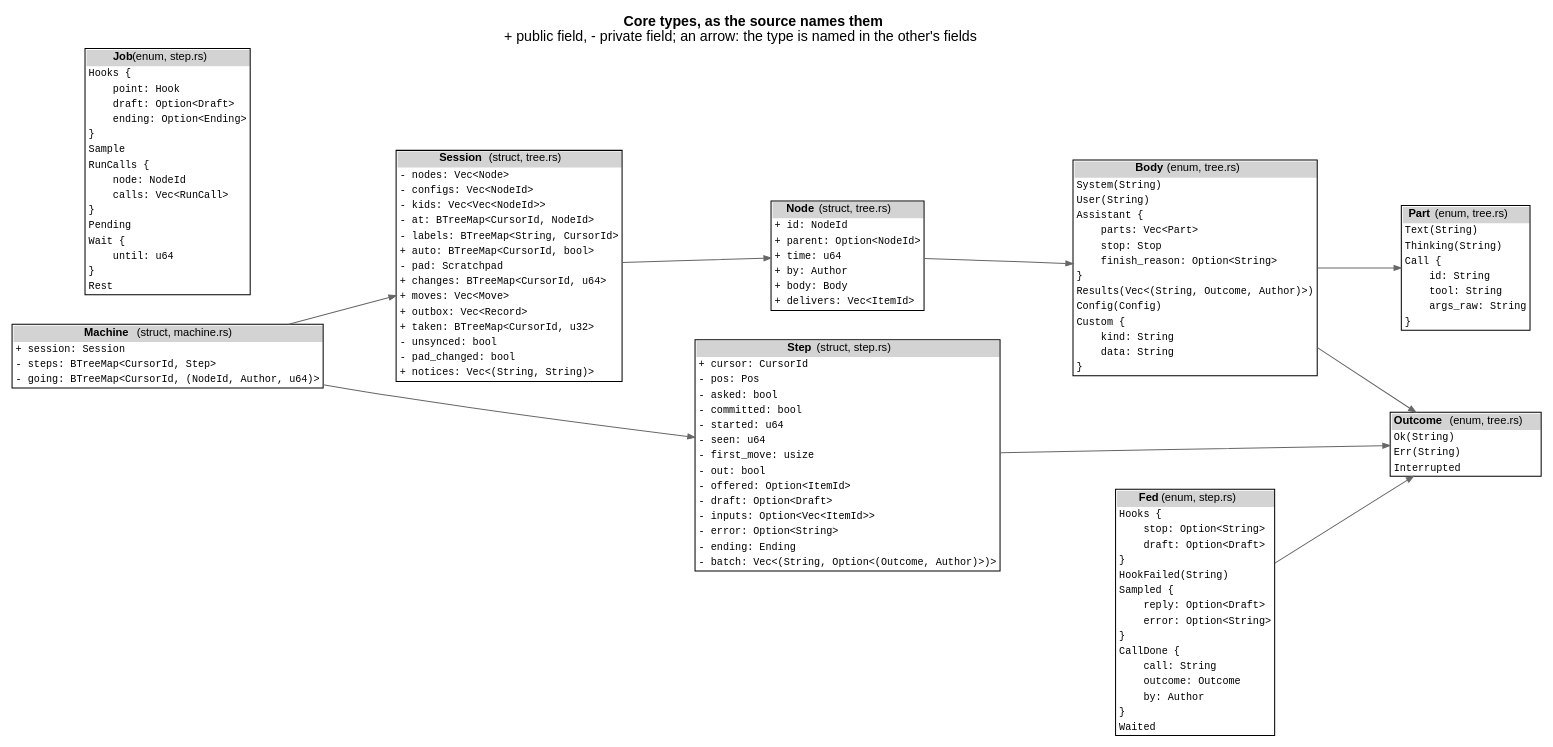
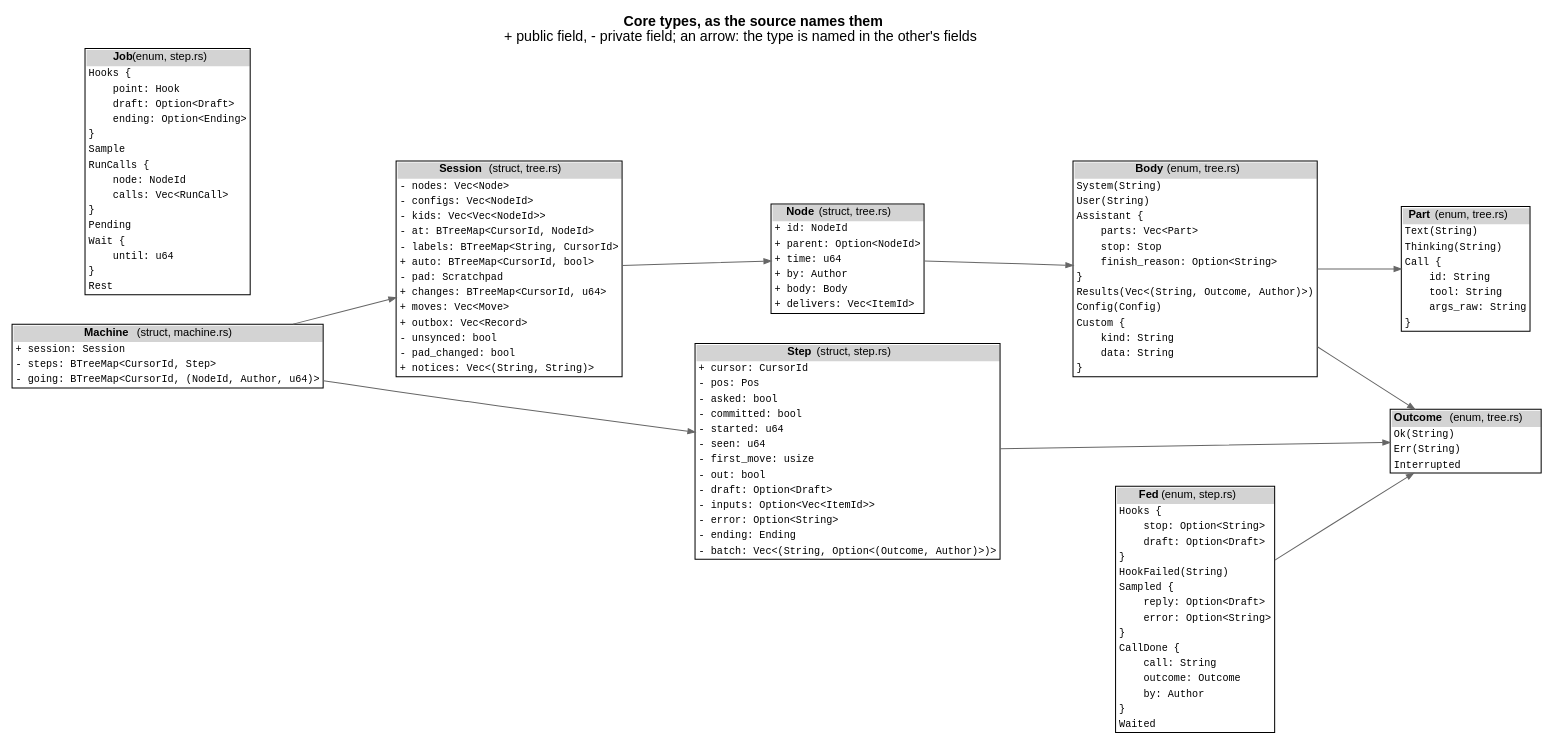
The diagram in docs/as-built/diagrams/types.dot (jmccardle/tau), drawn with Graphviz before and after one commit. The commit also changed 39 other files, not shown here.

```diff
--- a/docs/as-built/diagrams/types.dot
+++ b/docs/as-built/diagrams/types.dot
@@ -5,9 +5,9 @@
   edge [color="gray40", arrowsize=0.7];
   "Body" [label=<<table border="1" cellborder="0" cellspacing="0"><tr><td bgcolor="lightgray"><b>Body</b> (enum, tree.rs)</td></tr><tr><td align="left" balign="left"><font face="Courier" point-size="10">System(String)</font></td></tr><tr><td align="left" balign="left"><font face="Courier" point-size="10">User(String)</font></td></tr><tr><td align="left" balign="left"><font face="Courier" point-size="10">Assistant&nbsp;{</font></td></tr><tr><td align="left" balign="left"><font face="Courier" point-size="10">&nbsp;&nbsp;&nbsp;&nbsp;parts:&nbsp;Vec&lt;Part&gt;</font></td></tr><tr><td align="left" balign="left"><font face="Courier" point-size="10">&nbsp;&nbsp;&nbsp;&nbsp;stop:&nbsp;Stop</font></td></tr><tr><td align="left" balign="left"><font face="Courier" point-size="10">&nbsp;&nbsp;&nbsp;&nbsp;finish_reason:&nbsp;Option&lt;String&gt;</font></td></tr><tr><td align="left" balign="left"><font face="Courier" point-size="10">}</font></td></tr><tr><td align="left" balign="left"><font face="Courier" point-size="10">Results(Vec&lt;(String,&nbsp;Outcome,&nbsp;Author)&gt;)</font></td></tr><tr><td align="left" balign="left"><font face="Courier" point-size="10">Config(Config)</font></td></tr><tr><td align="left" balign="left"><font face="Courier" point-size="10">Custom&nbsp;{</font></td></tr><tr><td align="left" balign="left"><font face="Courier" point-size="10">&nbsp;&nbsp;&nbsp;&nbsp;kind:&nbsp;String</font></td></tr><tr><td align="left" balign="left"><font face="Courier" point-size="10">&nbsp;&nbsp;&nbsp;&nbsp;data:&nbsp;String</font></td></tr><tr><td align="left" balign="left"><font face="Courier" point-size="10">}</font></td></tr></table>>];
   "Node" [label=<<table border="1" cellborder="0" cellspacing="0"><tr><td bgcolor="lightgray"><b>Node</b> (struct, tree.rs)</td></tr><tr><td align="left" balign="left"><font face="Courier" point-size="10">+&nbsp;id:&nbsp;NodeId</font></td></tr><tr><td align="left" balign="left"><font face="Courier" point-size="10">+&nbsp;parent:&nbsp;Option&lt;NodeId&gt;</font></td></tr><tr><td align="left" balign="left"><font face="Courier" point-size="10">+&nbsp;time:&nbsp;u64</font></td></tr><tr><td align="left" balign="left"><font face="Courier" point-size="10">+&nbsp;by:&nbsp;Author</font></td></tr><tr><td align="left" balign="left"><font face="Courier" point-size="10">+&nbsp;body:&nbsp;Body</font></td></tr><tr><td align="left" balign="left"><font face="Courier" point-size="10">+&nbsp;delivers:&nbsp;Vec&lt;ItemId&gt;</font></td></tr></table>>];
-  "Session" [label=<<table border="1" cellborder="0" cellspacing="0"><tr><td bgcolor="lightgray"><b>Session</b> (struct, tree.rs)</td></tr><tr><td align="left" balign="left"><font face="Courier" point-size="10">-&nbsp;nodes:&nbsp;Vec&lt;Node&gt;</font></td></tr><tr><td align="left" balign="left"><font face="Courier" point-size="10">-&nbsp;configs:&nbsp;Vec&lt;NodeId&gt;</font></td></tr><tr><td align="left" balign="left"><font face="Courier" point-size="10">-&nbsp;kids:&nbsp;Vec&lt;Vec&lt;NodeId&gt;&gt;</font></td></tr><tr><td align="left" balign="left"><font face="Courier" point-size="10">-&nbsp;at:&nbsp;BTreeMap&lt;CursorId,&nbsp;NodeId&gt;</font></td></tr><tr><td align="left" balign="left"><font face="Courier" point-size="10">-&nbsp;labels:&nbsp;BTreeMap&lt;String,&nbsp;CursorId&gt;</font></td></tr><tr><td align="left" balign="left"><font face="Courier" point-size="10">+&nbsp;auto:&nbsp;BTreeMap&lt;CursorId,&nbsp;bool&gt;</font></td></tr><tr><td align="left" balign="left"><font face="Courier" point-size="10">-&nbsp;pad:&nbsp;Scratchpad</font></td></tr><tr><td align="left" balign="left"><font face="Courier" point-size="10">+&nbsp;changes:&nbsp;BTreeMap&lt;CursorId,&nbsp;u64&gt;</font></td></tr><tr><td align="left" balign="left"><font face="Courier" point-size="10">+&nbsp;moves:&nbsp;Vec&lt;Move&gt;</font></td></tr><tr><td align="left" balign="left"><font face="Courier" point-size="10">+&nbsp;outbox:&nbsp;Vec&lt;Record&gt;</font></td></tr><tr><td align="left" balign="left"><font face="Courier" point-size="10">+&nbsp;taken:&nbsp;BTreeMap&lt;CursorId,&nbsp;u32&gt;</font></td></tr><tr><td align="left" balign="left"><font face="Courier" point-size="10">-&nbsp;unsynced:&nbsp;bool</font></td></tr><tr><td align="left" balign="left"><font face="Courier" point-size="10">-&nbsp;pad_changed:&nbsp;bool</font></td></tr><tr><td align="left" balign="left"><font face="Courier" point-size="10">+&nbsp;notices:&nbsp;Vec&lt;(String,&nbsp;String)&gt;</font></td></tr></table>>];
+  "Session" [label=<<table border="1" cellborder="0" cellspacing="0"><tr><td bgcolor="lightgray"><b>Session</b> (struct, tree.rs)</td></tr><tr><td align="left" balign="left"><font face="Courier" point-size="10">-&nbsp;nodes:&nbsp;Vec&lt;Node&gt;</font></td></tr><tr><td align="left" balign="left"><font face="Courier" point-size="10">-&nbsp;configs:&nbsp;Vec&lt;NodeId&gt;</font></td></tr><tr><td align="left" balign="left"><font face="Courier" point-size="10">-&nbsp;kids:&nbsp;Vec&lt;Vec&lt;NodeId&gt;&gt;</font></td></tr><tr><td align="left" balign="left"><font face="Courier" point-size="10">-&nbsp;at:&nbsp;BTreeMap&lt;CursorId,&nbsp;NodeId&gt;</font></td></tr><tr><td align="left" balign="left"><font face="Courier" point-size="10">-&nbsp;labels:&nbsp;BTreeMap&lt;String,&nbsp;CursorId&gt;</font></td></tr><tr><td align="left" balign="left"><font face="Courier" point-size="10">+&nbsp;auto:&nbsp;BTreeMap&lt;CursorId,&nbsp;bool&gt;</font></td></tr><tr><td align="left" balign="left"><font face="Courier" point-size="10">-&nbsp;pad:&nbsp;Scratchpad</font></td></tr><tr><td align="left" balign="left"><font face="Courier" point-size="10">+&nbsp;changes:&nbsp;BTreeMap&lt;CursorId,&nbsp;u64&gt;</font></td></tr><tr><td align="left" balign="left"><font face="Courier" point-size="10">+&nbsp;moves:&nbsp;Vec&lt;Move&gt;</font></td></tr><tr><td align="left" balign="left"><font face="Courier" point-size="10">+&nbsp;outbox:&nbsp;Vec&lt;Record&gt;</font></td></tr><tr><td align="left" balign="left"><font face="Courier" point-size="10">-&nbsp;unsynced:&nbsp;bool</font></td></tr><tr><td align="left" balign="left"><font face="Courier" point-size="10">-&nbsp;pad_changed:&nbsp;bool</font></td></tr><tr><td align="left" balign="left"><font face="Courier" point-size="10">+&nbsp;notices:&nbsp;Vec&lt;(String,&nbsp;String)&gt;</font></td></tr></table>>];
   "Machine" [label=<<table border="1" cellborder="0" cellspacing="0"><tr><td bgcolor="lightgray"><b>Machine</b> (struct, machine.rs)</td></tr><tr><td align="left" balign="left"><font face="Courier" point-size="10">+&nbsp;session:&nbsp;Session</font></td></tr><tr><td align="left" balign="left"><font face="Courier" point-size="10">-&nbsp;steps:&nbsp;BTreeMap&lt;CursorId,&nbsp;Step&gt;</font></td></tr><tr><td align="left" balign="left"><font face="Courier" point-size="10">-&nbsp;going:&nbsp;BTreeMap&lt;CursorId,&nbsp;(NodeId,&nbsp;Author,&nbsp;u64)&gt;</font></td></tr></table>>];
-  "Step" [label=<<table border="1" cellborder="0" cellspacing="0"><tr><td bgcolor="lightgray"><b>Step</b> (struct, step.rs)</td></tr><tr><td align="left" balign="left"><font face="Courier" point-size="10">+&nbsp;cursor:&nbsp;CursorId</font></td></tr><tr><td align="left" balign="left"><font face="Courier" point-size="10">-&nbsp;pos:&nbsp;Pos</font></td></tr><tr><td align="left" balign="left"><font face="Courier" point-size="10">-&nbsp;asked:&nbsp;bool</font></td></tr><tr><td align="left" balign="left"><font face="Courier" point-size="10">-&nbsp;committed:&nbsp;bool</font></td></tr><tr><td align="left" balign="left"><font face="Courier" point-size="10">-&nbsp;started:&nbsp;u64</font></td></tr><tr><td align="left" balign="left"><font face="Courier" point-size="10">-&nbsp;seen:&nbsp;u64</font></td></tr><tr><td align="left" balign="left"><font face="Courier" point-size="10">-&nbsp;first_move:&nbsp;usize</font></td></tr><tr><td align="left" balign="left"><font face="Courier" point-size="10">-&nbsp;out:&nbsp;bool</font></td></tr><tr><td align="left" balign="left"><font face="Courier" point-size="10">-&nbsp;offered:&nbsp;Option&lt;ItemId&gt;</font></td></tr><tr><td align="left" balign="left"><font face="Courier" point-size="10">-&nbsp;draft:&nbsp;Option&lt;Draft&gt;</font></td></tr><tr><td align="left" balign="left"><font face="Courier" point-size="10">-&nbsp;inputs:&nbsp;Option&lt;Vec&lt;ItemId&gt;&gt;</font></td></tr><tr><td align="left" balign="left"><font face="Courier" point-size="10">-&nbsp;error:&nbsp;Option&lt;String&gt;</font></td></tr><tr><td align="left" balign="left"><font face="Courier" point-size="10">-&nbsp;ending:&nbsp;Ending</font></td></tr><tr><td align="left" balign="left"><font face="Courier" point-size="10">-&nbsp;batch:&nbsp;Vec&lt;(String,&nbsp;Option&lt;(Outcome,&nbsp;Author)&gt;)&gt;</font></td></tr></table>>];
+  "Step" [label=<<table border="1" cellborder="0" cellspacing="0"><tr><td bgcolor="lightgray"><b>Step</b> (struct, step.rs)</td></tr><tr><td align="left" balign="left"><font face="Courier" point-size="10">+&nbsp;cursor:&nbsp;CursorId</font></td></tr><tr><td align="left" balign="left"><font face="Courier" point-size="10">-&nbsp;pos:&nbsp;Pos</font></td></tr><tr><td align="left" balign="left"><font face="Courier" point-size="10">-&nbsp;asked:&nbsp;bool</font></td></tr><tr><td align="left" balign="left"><font face="Courier" point-size="10">-&nbsp;committed:&nbsp;bool</font></td></tr><tr><td align="left" balign="left"><font face="Courier" point-size="10">-&nbsp;started:&nbsp;u64</font></td></tr><tr><td align="left" balign="left"><font face="Courier" point-size="10">-&nbsp;seen:&nbsp;u64</font></td></tr><tr><td align="left" balign="left"><font face="Courier" point-size="10">-&nbsp;first_move:&nbsp;usize</font></td></tr><tr><td align="left" balign="left"><font face="Courier" point-size="10">-&nbsp;out:&nbsp;bool</font></td></tr><tr><td align="left" balign="left"><font face="Courier" point-size="10">-&nbsp;draft:&nbsp;Option&lt;Draft&gt;</font></td></tr><tr><td align="left" balign="left"><font face="Courier" point-size="10">-&nbsp;inputs:&nbsp;Option&lt;Vec&lt;ItemId&gt;&gt;</font></td></tr><tr><td align="left" balign="left"><font face="Courier" point-size="10">-&nbsp;error:&nbsp;Option&lt;String&gt;</font></td></tr><tr><td align="left" balign="left"><font face="Courier" point-size="10">-&nbsp;ending:&nbsp;Ending</font></td></tr><tr><td align="left" balign="left"><font face="Courier" point-size="10">-&nbsp;batch:&nbsp;Vec&lt;(String,&nbsp;Option&lt;(Outcome,&nbsp;Author)&gt;)&gt;</font></td></tr></table>>];
   "Job" [label=<<table border="1" cellborder="0" cellspacing="0"><tr><td bgcolor="lightgray"><b>Job</b> (enum, step.rs)</td></tr><tr><td align="left" balign="left"><font face="Courier" point-size="10">Hooks&nbsp;{</font></td></tr><tr><td align="left" balign="left"><font face="Courier" point-size="10">&nbsp;&nbsp;&nbsp;&nbsp;point:&nbsp;Hook</font></td></tr><tr><td align="left" balign="left"><font face="Courier" point-size="10">&nbsp;&nbsp;&nbsp;&nbsp;draft:&nbsp;Option&lt;Draft&gt;</font></td></tr><tr><td align="left" balign="left"><font face="Courier" point-size="10">&nbsp;&nbsp;&nbsp;&nbsp;ending:&nbsp;Option&lt;Ending&gt;</font></td></tr><tr><td align="left" balign="left"><font face="Courier" point-size="10">}</font></td></tr><tr><td align="left" balign="left"><font face="Courier" point-size="10">Sample</font></td></tr><tr><td align="left" balign="left"><font face="Courier" point-size="10">RunCalls&nbsp;{</font></td></tr><tr><td align="left" balign="left"><font face="Courier" point-size="10">&nbsp;&nbsp;&nbsp;&nbsp;node:&nbsp;NodeId</font></td></tr><tr><td align="left" balign="left"><font face="Courier" point-size="10">&nbsp;&nbsp;&nbsp;&nbsp;calls:&nbsp;Vec&lt;RunCall&gt;</font></td></tr><tr><td align="left" balign="left"><font face="Courier" point-size="10">}</font></td></tr><tr><td align="left" balign="left"><font face="Courier" point-size="10">Pending</font></td></tr><tr><td align="left" balign="left"><font face="Courier" point-size="10">Wait&nbsp;{</font></td></tr><tr><td align="left" balign="left"><font face="Courier" point-size="10">&nbsp;&nbsp;&nbsp;&nbsp;until:&nbsp;u64</font></td></tr><tr><td align="left" balign="left"><font face="Courier" point-size="10">}</font></td></tr><tr><td align="left" balign="left"><font face="Courier" point-size="10">Rest</font></td></tr></table>>];
   "Fed" [label=<<table border="1" cellborder="0" cellspacing="0"><tr><td bgcolor="lightgray"><b>Fed</b> (enum, step.rs)</td></tr><tr><td align="left" balign="left"><font face="Courier" point-size="10">Hooks&nbsp;{</font></td></tr><tr><td align="left" balign="left"><font face="Courier" point-size="10">&nbsp;&nbsp;&nbsp;&nbsp;stop:&nbsp;Option&lt;String&gt;</font></td></tr><tr><td align="left" balign="left"><font face="Courier" point-size="10">&nbsp;&nbsp;&nbsp;&nbsp;draft:&nbsp;Option&lt;Draft&gt;</font></td></tr><tr><td align="left" balign="left"><font face="Courier" point-size="10">}</font></td></tr><tr><td align="left" balign="left"><font face="Courier" point-size="10">HookFailed(String)</font></td></tr><tr><td align="left" balign="left"><font face="Courier" point-size="10">Sampled&nbsp;{</font></td></tr><tr><td align="left" balign="left"><font face="Courier" point-size="10">&nbsp;&nbsp;&nbsp;&nbsp;reply:&nbsp;Option&lt;Draft&gt;</font></td></tr><tr><td align="left" balign="left"><font face="Courier" point-size="10">&nbsp;&nbsp;&nbsp;&nbsp;error:&nbsp;Option&lt;String&gt;</font></td></tr><tr><td align="left" balign="left"><font face="Courier" point-size="10">}</font></td></tr><tr><td align="left" balign="left"><font face="Courier" point-size="10">CallDone&nbsp;{</font></td></tr><tr><td align="left" balign="left"><font face="Courier" point-size="10">&nbsp;&nbsp;&nbsp;&nbsp;call:&nbsp;String</font></td></tr><tr><td align="left" balign="left"><font face="Courier" point-size="10">&nbsp;&nbsp;&nbsp;&nbsp;outcome:&nbsp;Outcome</font></td></tr><tr><td align="left" balign="left"><font face="Courier" point-size="10">&nbsp;&nbsp;&nbsp;&nbsp;by:&nbsp;Author</font></td></tr><tr><td align="left" balign="left"><font face="Courier" point-size="10">}</font></td></tr><tr><td align="left" balign="left"><font face="Courier" point-size="10">Waited</font></td></tr></table>>];
   "Outcome" [label=<<table border="1" cellborder="0" cellspacing="0"><tr><td bgcolor="lightgray"><b>Outcome</b> (enum, tree.rs)</td></tr><tr><td align="left" balign="left"><font face="Courier" point-size="10">Ok(String)</font></td></tr><tr><td align="left" balign="left"><font face="Courier" point-size="10">Err(String)</font></td></tr><tr><td align="left" balign="left"><font face="Courier" point-size="10">Interrupted</font></td></tr></table>>];
```
